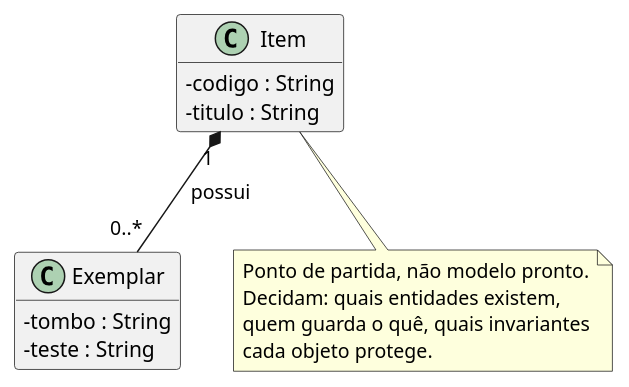
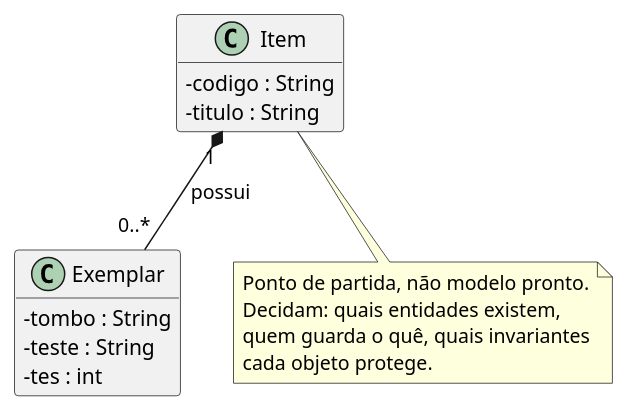
The diagram in docs/teste.puml (poo-dcx-2026-2/Null-de-Ideias), drawn with PlantUML before and after one commit.

Commit message:
adicionando classes no teste.puml

```diff
--- a/docs/teste.puml
+++ b/docs/teste.puml
@@ -1,33 +1,34 @@
 @startuml
 ' Modelo de domínio do sistema: Entrega 1.
 '
 ' Este arquivo é o ponto de partida. Substitua pelo modelo da sua equipe.
 ' O diagrama precisa corresponder ao código entregue.
 '
 ' Para gerar a imagem: instale o plugin PlantUML no IntelliJ, ou use
 '   plantuml docs/modelo.puml
 ' e versione a imagem gerada ao lado deste arquivo.
 
 skinparam classAttributeIconSize 0
 hide empty members
 
 class Item {
   - codigo : String
   - titulo : String
 }
 
 class Exemplar {
   - tombo : String
   - teste : String
+  - tes : int
 }
 
 Item "1" *-- "0..*" Exemplar : possui
 
 note bottom of Item
   Ponto de partida, não modelo pronto.
   Decidam: quais entidades existem,
   quem guarda o quê, quais invariantes
   cada objeto protege.
 end note
 
 @enduml
```
